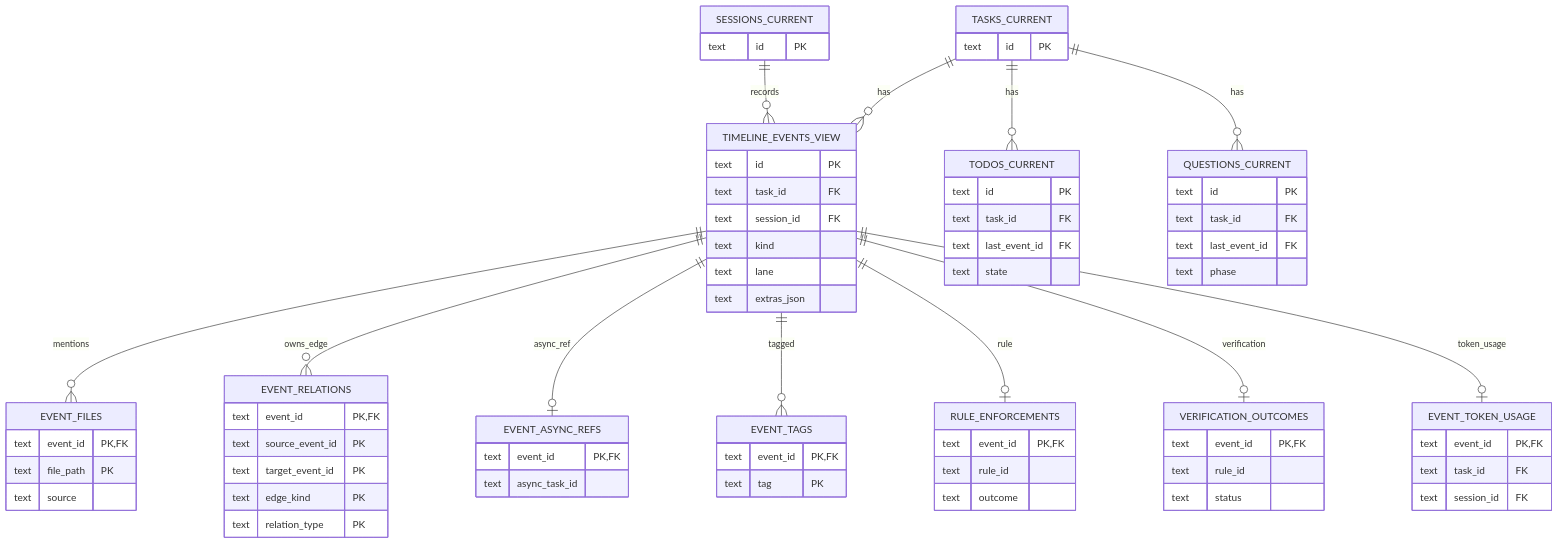
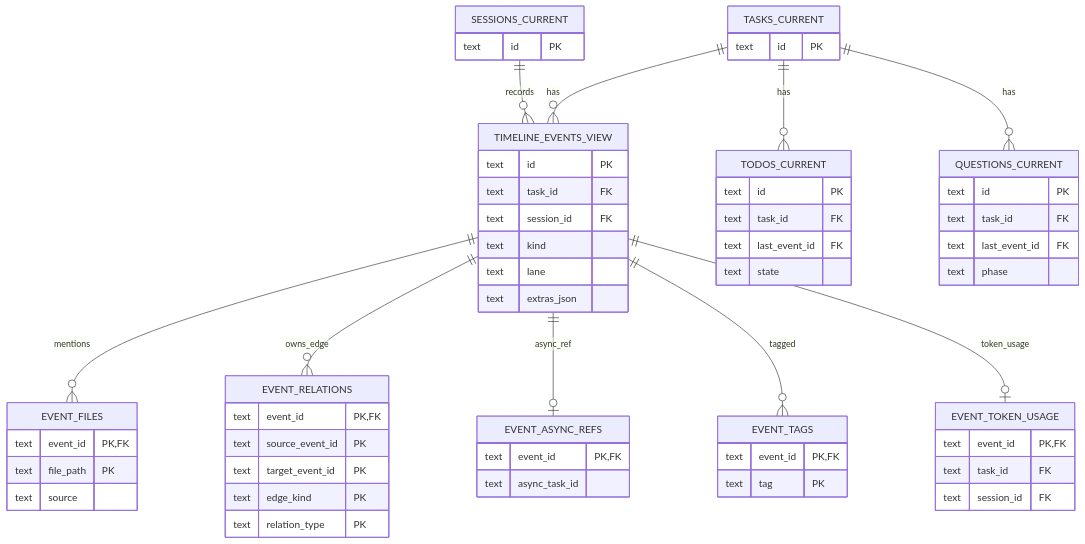
The second of 4 diagrams in docs/guide/sqlite-schema.md (belljun3395/agent-tracer), drawn with Mermaid before and after one commit. The commit also changed other lines of this file, not shown here.

Commit message:
feat: expand SQLite schema to include verification rules, turns, verdicts, and rule enforcements

```diff
--- a/docs/guide/sqlite-schema.md
+++ b/docs/guide/sqlite-schema.md
@@ -134,18 +137,6 @@
     text tag PK
   }
 
-  RULE_ENFORCEMENTS {
-    text event_id PK,FK
-    text rule_id
-    text outcome
-  }
-
-  VERIFICATION_OUTCOMES {
-    text event_id PK,FK
-    text rule_id
-    text status
-  }
-
   TODOS_CURRENT {
     text id PK
     text task_id FK
@@ -172,8 +163,6 @@
   TIMELINE_EVENTS_VIEW ||--o{ EVENT_RELATIONS : owns_edge
   TIMELINE_EVENTS_VIEW ||--o| EVENT_ASYNC_REFS : async_ref
   TIMELINE_EVENTS_VIEW ||--o{ EVENT_TAGS : tagged
-  TIMELINE_EVENTS_VIEW ||--o| RULE_ENFORCEMENTS : rule
-  TIMELINE_EVENTS_VIEW ||--o| VERIFICATION_OUTCOMES : verification
   TIMELINE_EVENTS_VIEW ||--o| EVENT_TOKEN_USAGE : token_usage
   TASKS_CURRENT ||--o{ TODOS_CURRENT : has
   TASKS_CURRENT ||--o{ QUESTIONS_CURRENT : has
```
